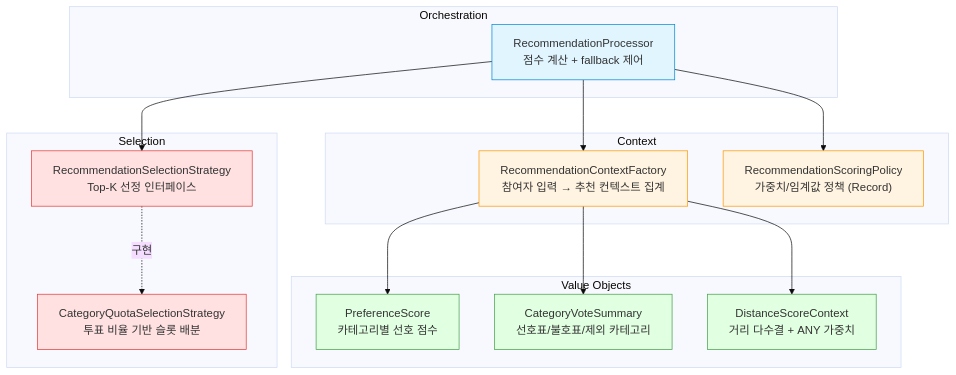
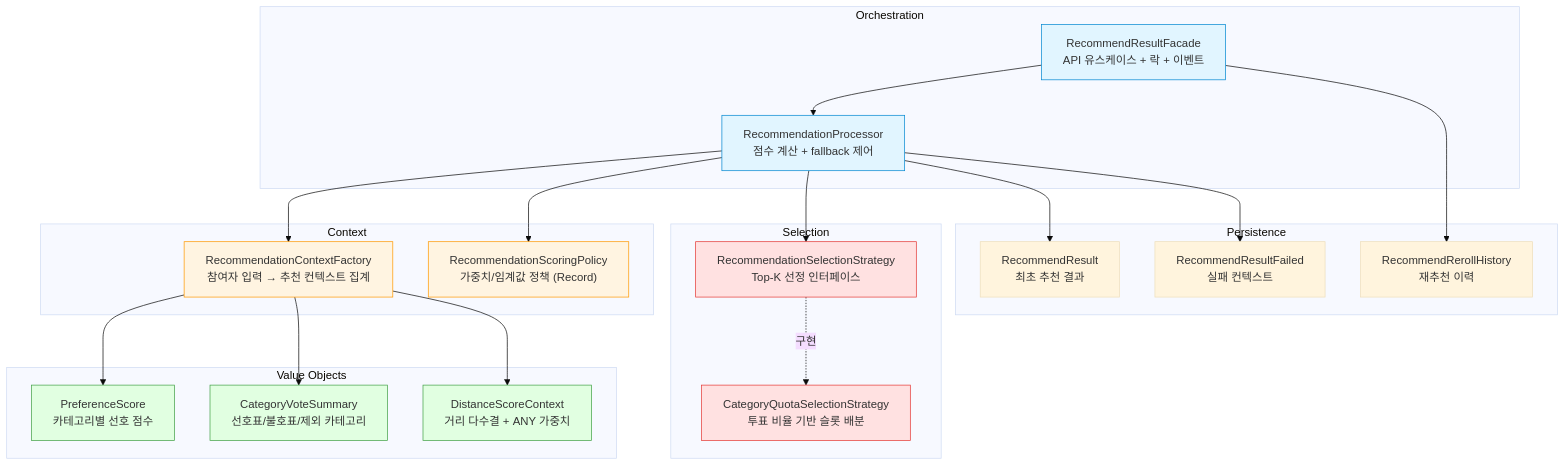
Before and after one commit to Nexters/hereeat-server: the first of 4 diagrams in docs/architecture/recommendation-system.md, drawn with Mermaid (base theme). The commit also changed other lines of this file, not shown here.

````diff
--- a/docs/architecture/recommendation-system.md
+++ b/docs/architecture/recommendation-system.md
@@ -33,39 +35,51 @@
 ```mermaid
 graph TB
     subgraph "Orchestration"
+        RRF["RecommendResultFacade<br/>API 유스케이스 + 락 + 이벤트"]
         RP["RecommendationProcessor<br/>점수 계산 + fallback 제어"]
     end
 
     subgraph "Context"
         RCF["RecommendationContextFactory<br/>참여자 입력 → 추천 컨텍스트 집계"]
         RSP["RecommendationScoringPolicy<br/>가중치/임계값 정책 (Record)"]
     end
 
     subgraph "Selection"
         RSS["RecommendationSelectionStrategy<br/>Top-K 선정 인터페이스"]
         CQS["CategoryQuotaSelectionStrategy<br/>투표 비율 기반 슬롯 배분"]
     end
 
+    subgraph "Persistence"
+        RR["RecommendResult<br/>최초 추천 결과"]
+        RRH["RecommendRerollHistory<br/>재추천 이력"]
+        RRFail["RecommendResultFailed<br/>실패 컨텍스트"]
+    end
+
     subgraph "Value Objects"
         PS["PreferenceScore<br/>카테고리별 선호 점수"]
         CVS["CategoryVoteSummary<br/>선호표/불호표/제외 카테고리"]
         DSC["DistanceScoreContext<br/>거리 다수결 + ANY 가중치"]
     end
 
+    RRF --> RP
     RP --> RCF
     RP --> RSP
     RP --> RSS
+    RRF --> RRH
+    RP --> RR
+    RP --> RRFail
     RSS -.->|"구현"| CQS
     RCF --> PS
     RCF --> CVS
     RCF --> DSC
 
+    style RRF fill:#e1f5ff,stroke:#0288d1
     style RP fill:#e1f5ff,stroke:#0288d1
     style RCF fill:#fff4e1,stroke:#ff9800
     style RSP fill:#fff4e1,stroke:#ff9800
     style RSS fill:#ffe1e1,stroke:#e53935
     style CQS fill:#ffe1e1,stroke:#e53935
     style PS fill:#e1ffe1,stroke:#43a047
     style CVS fill:#e1ffe1,stroke:#43a047
     style DSC fill:#e1ffe1,stroke:#43a047
 ```
````
